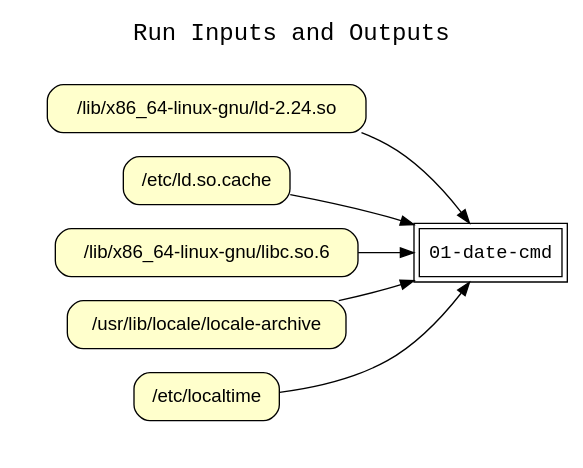
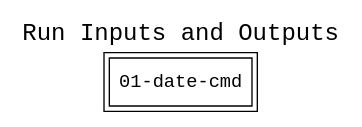
Before and after one commit to CIRSS/cpr: the diagram in examples/01-date-cmd/graphs/wt_run_inputs_outputs.dot, drawn with Graphviz. The commit also changed 13 other files, not shown here.

Commit message:
In first graph limit read and written files to those in directories with corresponding roles.

```diff
--- a/examples/01-date-cmd/graphs/wt_run_inputs_outputs.dot
+++ b/examples/01-date-cmd/graphs/wt_run_inputs_outputs.dot
@@ -1,26 +1,16 @@
 
 digraph wt_run {
 rankdir=LR
 fontname=Courier; fontsize=18; labelloc=t
 label="Run Inputs and Outputs"
 node[shape=box style="filled" fillcolor="#FFFFFF" peripheries=2 fontname=Courier]
 "01-date-cmd"
 subgraph cluster_inputs { label=""; color=white; penwidth=0
 subgraph cluster_inputs_inner { label=""; color=white
 node[shape=box style="rounded,filled" fillcolor="#FFFFCC" peripheries=1 fontname=Helvetica]
-"input:/lib/x86_64-linux-gnu/ld-2.24.so" [label="/lib/x86_64-linux-gnu/ld-2.24.so"]
-"input:/etc/ld.so.cache" [label="/etc/ld.so.cache"]
-"input:/lib/x86_64-linux-gnu/libc.so.6" [label="/lib/x86_64-linux-gnu/libc.so.6"]
-"input:/usr/lib/locale/locale-archive" [label="/usr/lib/locale/locale-archive"]
-"input:/etc/localtime" [label="/etc/localtime"]
 }}
 subgraph cluster_outputs { label=""; color=white; penwidth=0
 subgraph cluster_outputs_inner { label=""; color=white
 node[shape=box style="rounded,filled" fillcolor="#FFFFCC" peripheries=1 fontname=Helvetica]
 }}
-"input:/lib/x86_64-linux-gnu/ld-2.24.so" -> "01-date-cmd"
-"input:/etc/ld.so.cache" -> "01-date-cmd"
-"input:/lib/x86_64-linux-gnu/libc.so.6" -> "01-date-cmd"
-"input:/usr/lib/locale/locale-archive" -> "01-date-cmd"
-"input:/etc/localtime" -> "01-date-cmd"
 }
```
